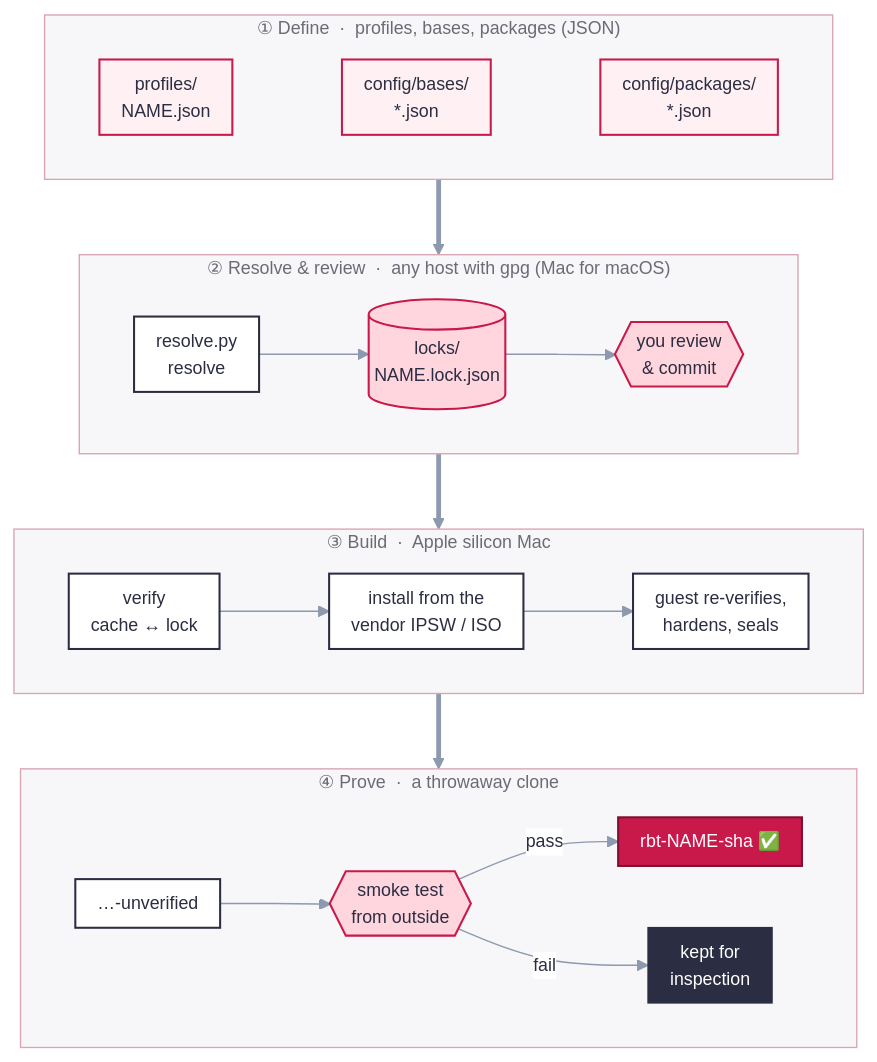
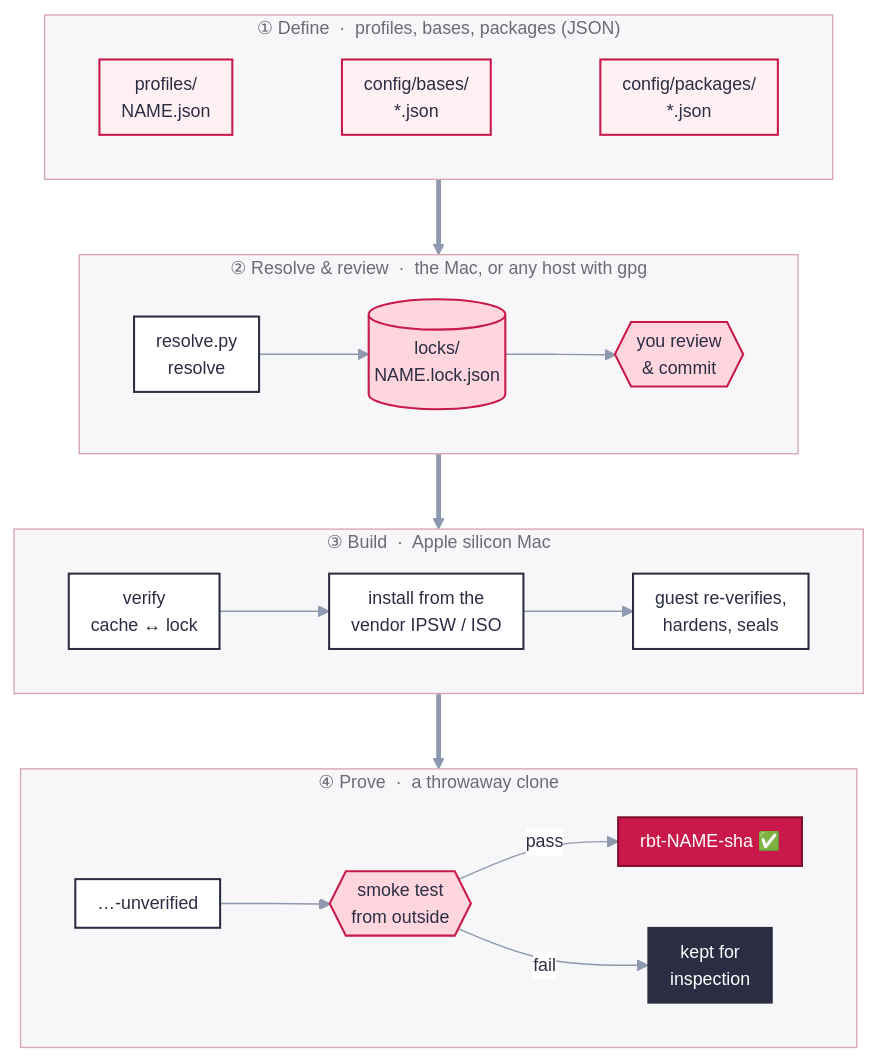
One commit to errantpacket/RhubarbTart changed the diagram in docs/how-it-works.md. Above: the diagram before and after it, drawn with Mermaid. The commit also changed 15 other files, not shown here.

````diff
--- a/docs/how-it-works.md
+++ b/docs/how-it-works.md
@@ -5,38 +5,38 @@
 ```mermaid
 %%{init: {'theme':'base','fontFamily':'ui-sans-serif, system-ui, -apple-system, Helvetica, Arial, sans-serif','themeVariables':{'primaryColor':'#ffffff','primaryTextColor':'#2b2d42','primaryBorderColor':'#c9184a','lineColor':'#8d99ae','edgeLabelBackground':'#ffffff','fontSize':'13px'},'flowchart':{'curve':'basis','nodeSpacing':45,'rankSpacing':55,'padding':8,'useMaxWidth':true}}}%%
 flowchart TB
     subgraph D["&nbsp;① Define &nbsp;·&nbsp; profiles, bases, packages (JSON)&nbsp;"]
         direction LR
         PR["profiles/<br/>NAME.json"] ~~~ BA["config/bases/<br/>*.json"] ~~~ PK["config/packages/<br/>*.json"]
     end
-    subgraph R["&nbsp;② Resolve &amp; review &nbsp;·&nbsp; any host with gpg (Mac for macOS)&nbsp;"]
+    subgraph R["&nbsp;② Resolve &amp; review &nbsp;·&nbsp; the Mac, or any host with gpg&nbsp;"]
         direction LR
         RS["resolve.py<br/>resolve"] --> LK[("locks/<br/>NAME.lock.json")] --> RV{{"you review<br/>&amp; commit"}}
     end
     subgraph B["&nbsp;③ Build &nbsp;·&nbsp; Apple silicon Mac&nbsp;"]
         direction LR
         VF["verify<br/>cache ↔ lock"] --> IN["install from the<br/>vendor IPSW / ISO"] --> GU["guest re-verifies,<br/>hardens, seals"]
     end
     subgraph P["&nbsp;④ Prove &nbsp;·&nbsp; a throwaway clone&nbsp;"]
         direction LR
         UV["…-unverified"] --> ST{{"smoke test<br/>from outside"}}
         ST -->|"pass"| OK["rbt-NAME-sha ✅"]
         ST -->|"fail"| KEEP["kept for<br/>inspection"]
     end
     D ==> R ==> B ==> P
 
     classDef cfg fill:#fff0f3,stroke:#c9184a,stroke-width:1.5px,color:#2b2d42
     classDef step fill:#ffffff,stroke:#2b2d42,stroke-width:1.5px,color:#2b2d42
     classDef gate fill:#ffd6de,stroke:#c9184a,stroke-width:1.5px,color:#2b2d42
     classDef good fill:#c9184a,stroke:#800f2f,stroke-width:1.5px,color:#ffffff
     classDef bad fill:#2b2d42,stroke:#2b2d42,color:#ffffff
     class PR,BA,PK cfg
     class RS,VF,IN,GU,UV step
     class LK,RV,ST gate
     class OK good
     class KEEP bad
     style D fill:#f7f7f9,stroke:#d9a5b3,color:#6b6b76
     style R fill:#f7f7f9,stroke:#d9a5b3,color:#6b6b76
     style B fill:#f7f7f9,stroke:#d9a5b3,color:#6b6b76
     style P fill:#f7f7f9,stroke:#d9a5b3,color:#6b6b76
 ```
````
